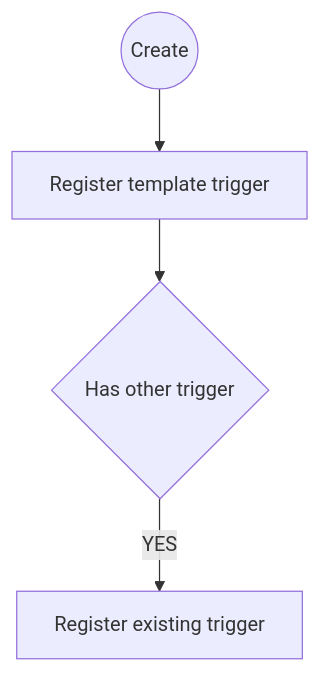
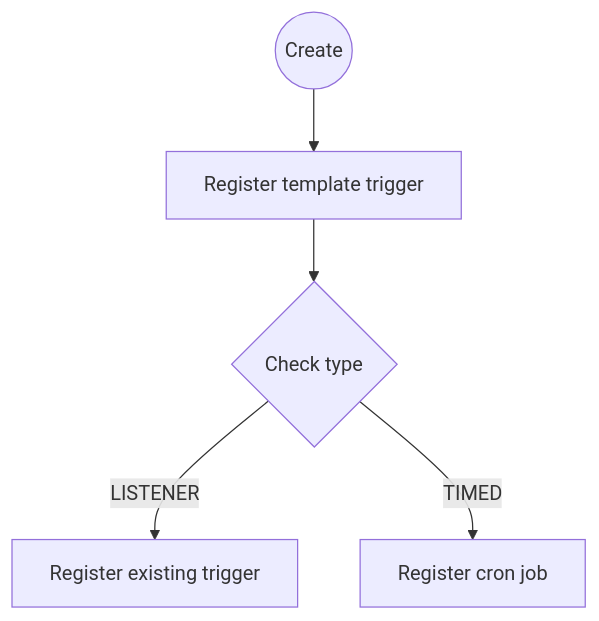
Before and after one commit to Karaka-Management/oms-Workflow: the first of 2 diagrams in Docs/Dev/en/workflow.md, drawn with Mermaid. The commit also changed other lines of this file and 15 other files, not shown here.

````diff
--- a/Docs/Dev/en/workflow.md
+++ b/Docs/Dev/en/workflow.md
@@ -6,6 +6,7 @@
 ```mermaid
 graph TD;
     CREATE_TEMPLATE((Create))-->REGISTER_TRIGGER[Register template trigger]
-    REGISTER_TRIGGER-->HAS_OTHER_TRIGGER{Has other trigger}
-    HAS_OTHER_TRIGGER--YES-->REGISTER_TRIGGER_2[Register existing trigger]
+    REGISTER_TRIGGER-->CHECK_TYPE{Check type}
+    CHECK_TYPE--LISTENER-->REGISTER_TRIGGER_2[Register existing trigger]
+    CHECK_TYPE--TIMED-->REGISTER_CRON[Register cron job]
 ```
````
